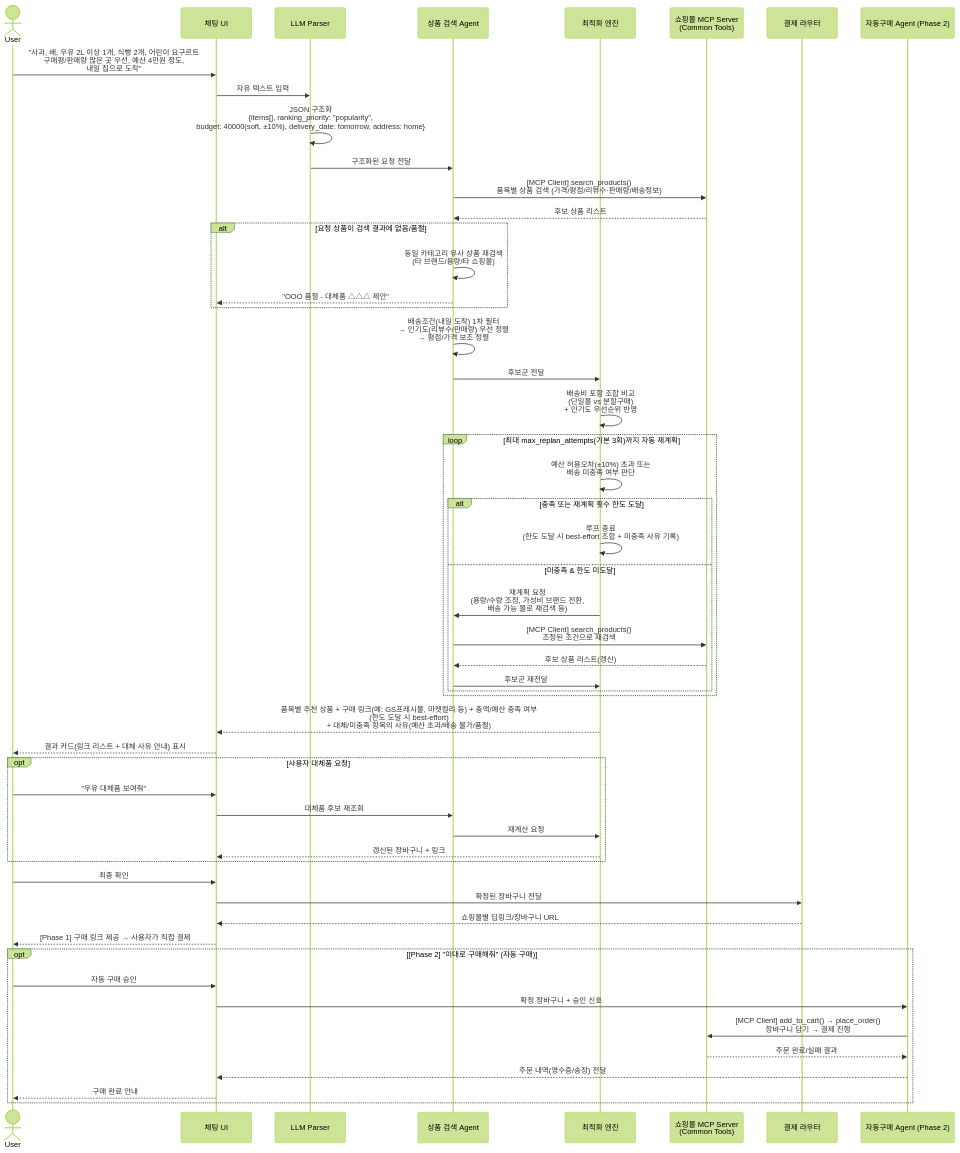
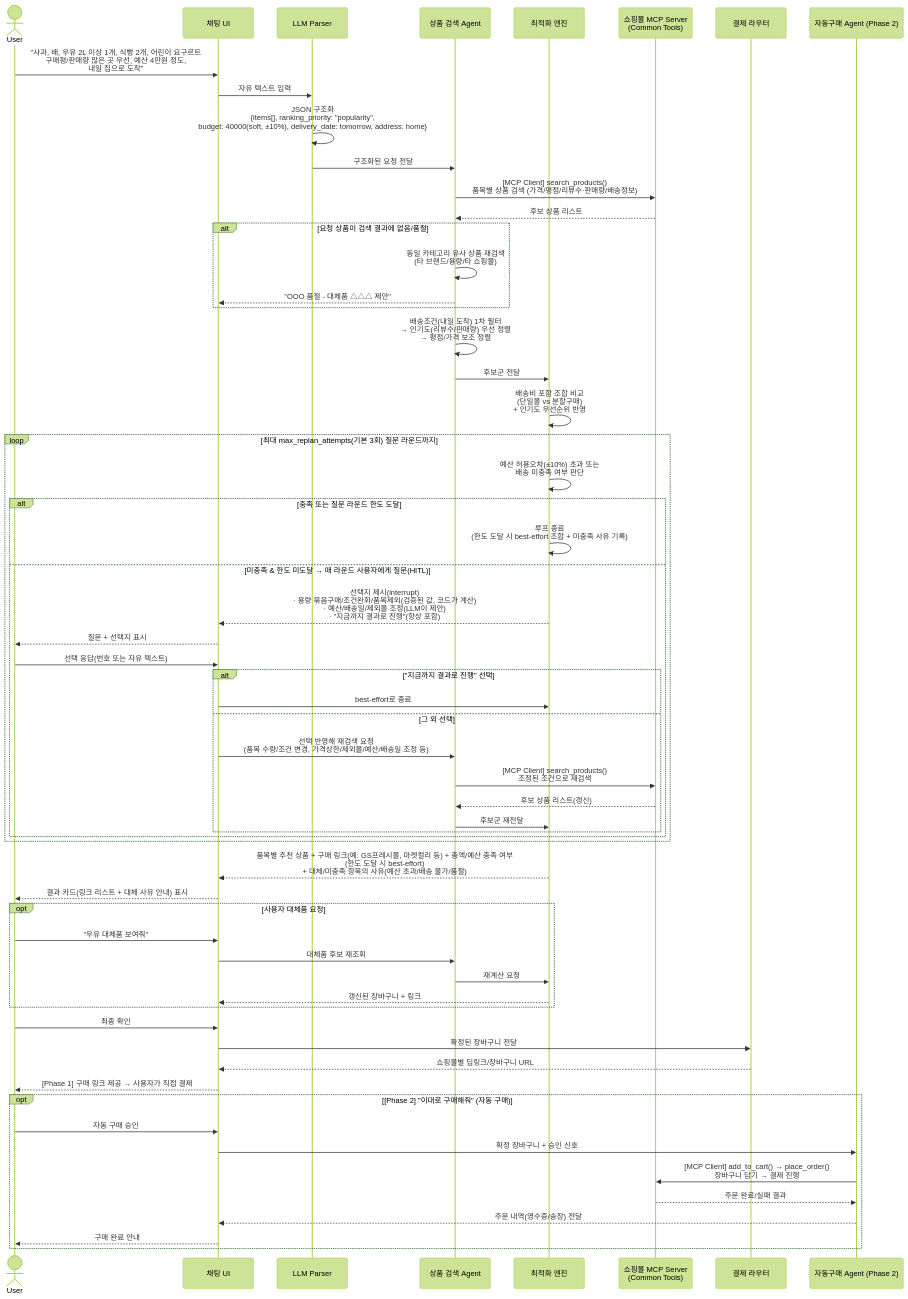
One commit to ace19-dev/SmartCart_Agent changed the fourth of 4 diagrams in README.md. Above: the diagram before and after it, drawn with Mermaid (forest theme). The commit also changed other lines of this file and 37 other files, not shown here.

````diff
--- a/README.md
+++ b/README.md
@@ -210,63 +210,70 @@
 ```mermaid
 sequenceDiagram
     actor User
     participant UI as 채팅 UI
     participant Parser as LLM Parser
     participant Search as 상품 검색 Agent
     participant Optimizer as 최적화 엔진
     participant Mall as 쇼핑몰 MCP Server<br/>(Common Tools)
     participant Router as 결제 라우터
     participant Purchase as 자동구매 Agent (Phase 2)
 
     User->>UI: "사과, 배, 우유 2L 이상 1개, 식빵 2개, 어린이 요구르트<br/>구매평/판매량 많은 곳 우선, 예산 4만원 정도,<br/>내일 집으로 도착"
     UI->>Parser: 자유 텍스트 입력
     Parser->>Parser: JSON 구조화<br/>{items[], ranking_priority: "popularity",<br/>budget: 40000(soft, ±10%), delivery_date: tomorrow, address: home}
     Parser->>Search: 구조화된 요청 전달
     Search->>Mall: [MCP Client] search_products()<br/>품목별 상품 검색 (가격/평점/리뷰수·판매량/배송정보)
     Mall-->>Search: 후보 상품 리스트
 
     alt 요청 상품이 검색 결과에 없음/품절
         Search->>Search: 동일 카테고리 유사 상품 재검색<br/>(타 브랜드/용량/타 쇼핑몰)
         Search-->>UI: "OOO 품절 - 대체품 △△△ 제안"
     end
 
     Search->>Search: 배송조건(내일 도착) 1차 필터<br/>→ 인기도(리뷰수/판매량) 우선 정렬<br/>→ 평점/가격 보조 정렬
     Search->>Optimizer: 후보군 전달
     Optimizer->>Optimizer: 배송비 포함 조합 비교<br/>(단일몰 vs 분할구매)<br/>+ 인기도 우선순위 반영
 
-    loop 최대 max_replan_attempts(기본 3회)까지 자동 재계획
+    loop 최대 max_replan_attempts(기본 3회) 질문 라운드까지
         Optimizer->>Optimizer: 예산 허용오차(±10%) 초과 또는<br/>배송 미충족 여부 판단
-        alt 충족 또는 재계획 횟수 한도 도달
+        alt 충족 또는 질문 라운드 한도 도달
             Optimizer->>Optimizer: 루프 종료<br/>(한도 도달 시 best-effort 조합 + 미충족 사유 기록)
-        else 미충족 & 한도 미도달
-            Optimizer->>Search: 재계획 요청<br/>(용량/수량 조정, 가성비 브랜드 전환,<br/>배송 가능 몰로 재검색 등)
-            Search->>Mall: [MCP Client] search_products()<br/>조정된 조건으로 재검색
-            Mall-->>Search: 후보 상품 리스트(갱신)
-            Search->>Optimizer: 후보군 재전달
+        else 미충족 & 한도 미도달 → 매 라운드 사용자에게 질문(HITL)
+            Optimizer-->>UI: 선택지 제시(interrupt)<br/>· 용량 묶음구매/조건완화/품목제외(검증된 값, 코드가 계산)<br/>· 예산/배송일/제외몰 조정(LLM이 제안)<br/>· "지금까지 결과로 진행"(항상 포함)
+            UI-->>User: 질문 + 선택지 표시
+            User->>UI: 선택 응답(번호 또는 자유 텍스트)
+            alt "지금까지 결과로 진행" 선택
+                UI->>Optimizer: best-effort로 종료
+            else 그 외 선택
+                UI->>Search: 선택 반영해 재검색 요청<br/>(품목 수량/조건 변경, 가격상한/제외몰/예산/배송일 조정 등)
+                Search->>Mall: [MCP Client] search_products()<br/>조정된 조건으로 재검색
+                Mall-->>Search: 후보 상품 리스트(갱신)
+                Search->>Optimizer: 후보군 재전달
+            end
         end
     end
 
     Optimizer-->>UI: 품목별 추천 상품 + 구매 링크(예: GS프레시몰, 마켓컬리 등) + 총액/예산 충족 여부<br/>(한도 도달 시 best-effort)<br/>+ 대체/미충족 항목의 사유(예산 초과/배송 불가/품절)
     UI-->>User: 결과 카드(링크 리스트 + 대체 사유 안내) 표시
 
     opt 사용자 대체품 요청
         User->>UI: "우유 대체품 보여줘"
         UI->>Search: 대체품 후보 재조회
         Search->>Optimizer: 재계산 요청
         Optimizer-->>UI: 갱신된 장바구니 + 링크
     end
 
     User->>UI: 최종 확인
     UI->>Router: 확정된 장바구니 전달
     Router-->>UI: 쇼핑몰별 딥링크/장바구니 URL
     UI-->>User: [Phase 1] 구매 링크 제공 → 사용자가 직접 결제
 
     opt [Phase 2] "이대로 구매해줘" (자동 구매)
         User->>UI: 자동 구매 승인
         UI->>Purchase: 확정 장바구니 + 승인 신호
         Purchase->>Mall: [MCP Client] add_to_cart() → place_order()<br/>장바구니 담기 → 결제 진행
         Mall-->>Purchase: 주문 완료/실패 결과
         Purchase-->>UI: 주문 내역(영수증/송장) 전달
         UI-->>User: 구매 완료 안내
     end
 ```
````
